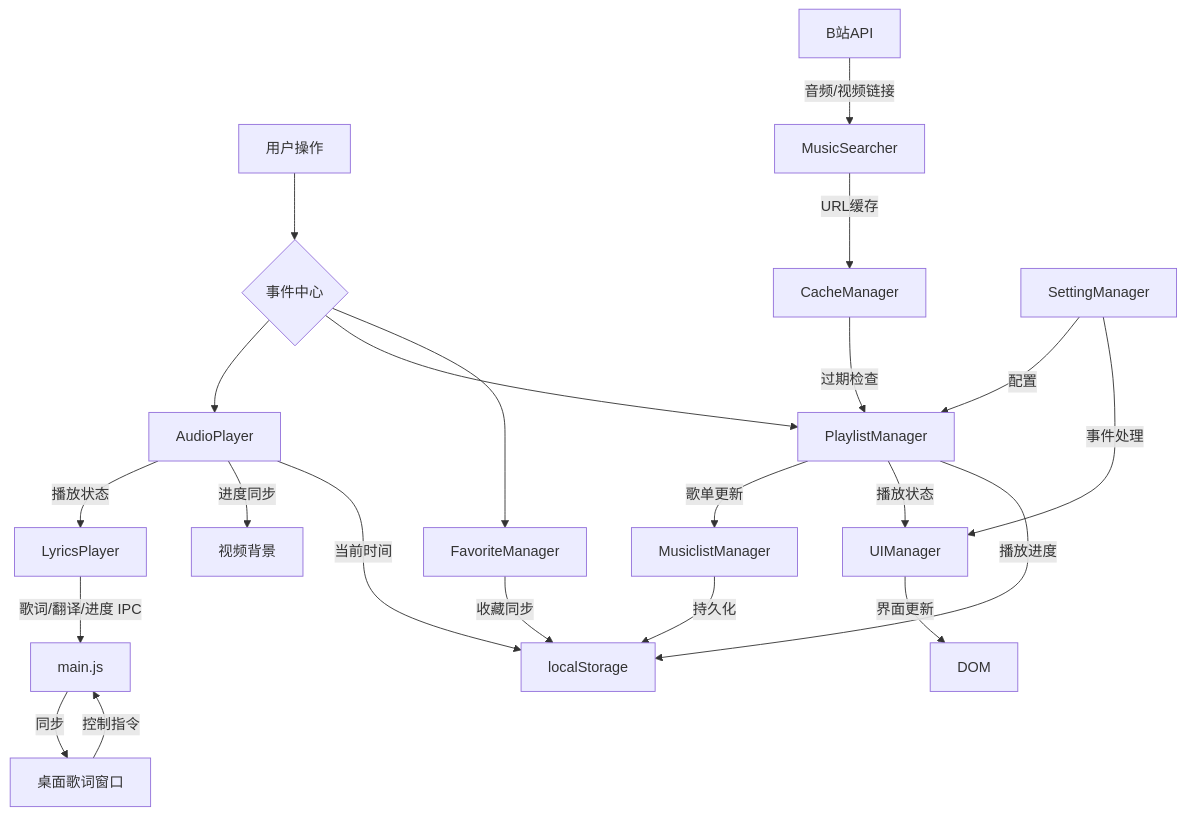
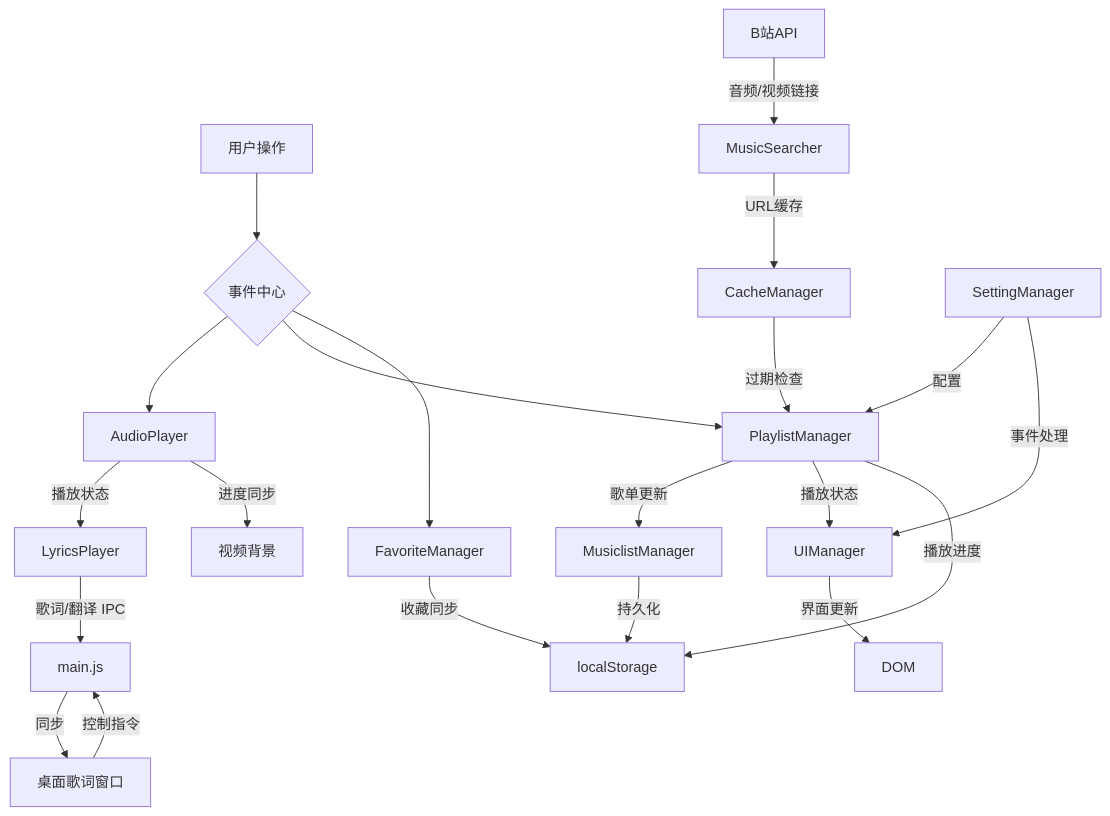
The second of 2 diagrams in README.md (233box/NB_Music), drawn with Mermaid before and after one commit. The commit also changed other lines of this file, not shown here.

````diff
--- a/README.md
+++ b/README.md
@@ -150,40 +128,23 @@
 ```mermaid
 graph TD
     A[用户操作] --> B{事件中心}
-
-    %% 核心播放控制流
     B --> C[AudioPlayer]
     C -->|播放状态| D[LyricsPlayer]
     C -->|进度同步| E[视频背景]
-
-    %% 播放列表管理流
     B --> F[PlaylistManager]
     F -->|歌单更新| G[MusiclistManager]
     G -->|持久化| H[localStorage]
-
-    %% 搜索与缓存流
     I[B站API] -->|音频/视频链接| J[MusicSearcher]
     J -->|URL缓存| K[CacheManager]
     K -->|过期检查| F
-
-    %% UI更新流
     F -->|播放状态| L[UIManager]
     L -->|界面更新| M[DOM]
-
-    %% 收藏管理流
     B --> N[FavoriteManager]
     N -->|收藏同步| H
-
-    %% 设置管理流
     O[SettingManager] -->|配置| F
     O -->|事件处理| L
-
-    %% 状态保存流
     F -->|播放进度| H
-    C -->|当前时间| H
-
-    %% 桌面歌词流
-    D -->|歌词/翻译/进度 IPC| P[main.js]
+    D -->|歌词/翻译 IPC| P[main.js]
     P -->|同步| Q[桌面歌词窗口]
     Q -->|控制指令| P
 ```
````
